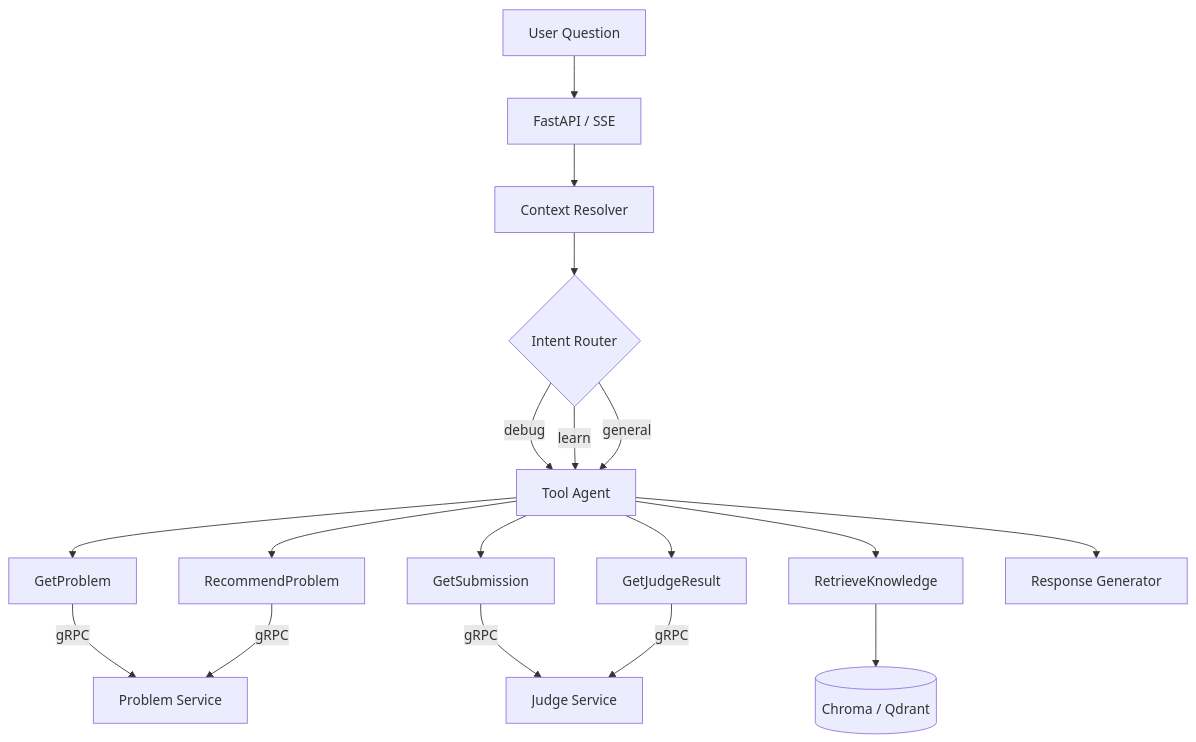
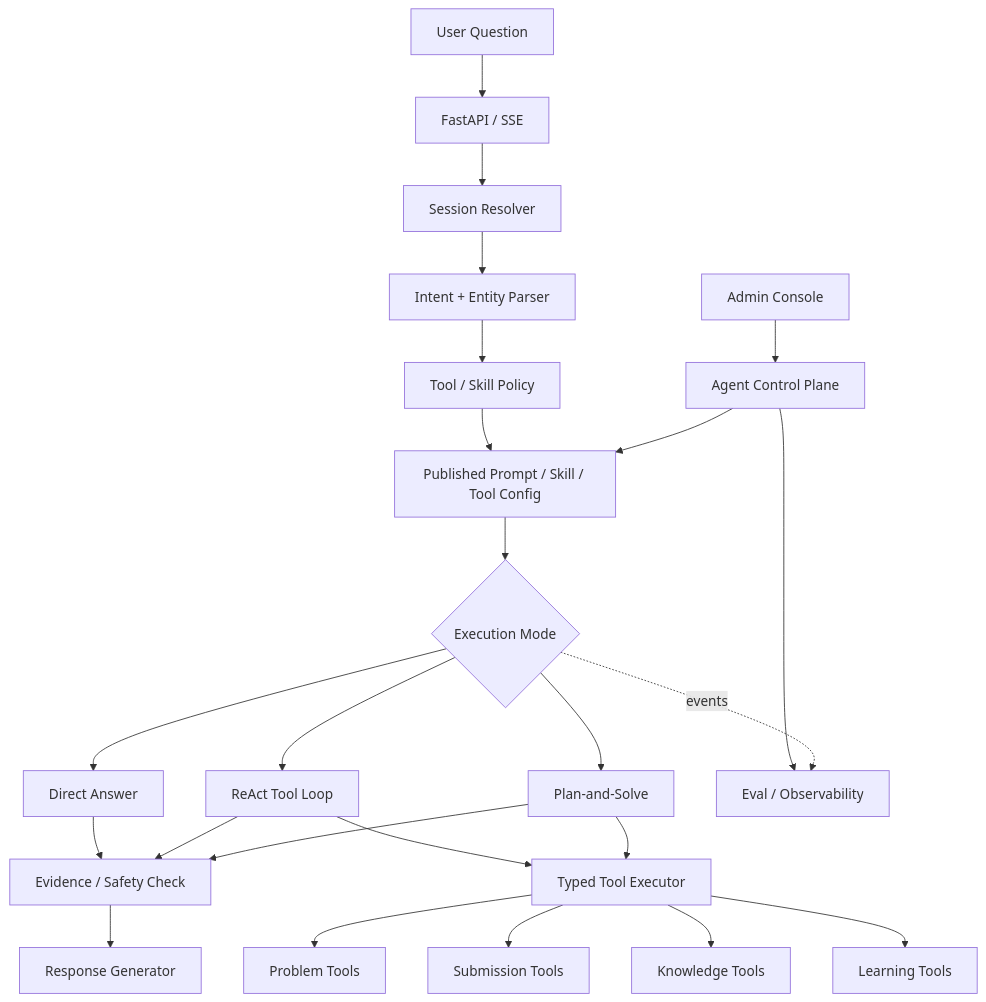
Before and after one commit to viggggil/go_oj_agent: the third of 6 diagrams in docs/architecture.md, drawn with Mermaid. The commit also changed other lines of this file and 5 other files, not shown here.

Commit message:
docs(agent): define configurable agent control plane

````diff
--- a/docs/architecture.md
+++ b/docs/architecture.md
@@ -547,24 +549,29 @@
 ```mermaid
 flowchart TB
     Question["User Question"] --> API["FastAPI / SSE"]
-    API --> Context["Context Resolver"]
-    Context --> Intent{"Intent Router"}
+    API --> Session["Session Resolver"]
+    Session --> Intent["Intent + Entity Parser"]
+    Intent --> Policy["Tool / Skill Policy"]
+    Policy --> Config["Published Prompt / Skill / Tool Config"]
+    Config --> Runtime{"Execution Mode"}
 
-    Intent -->|"debug"| ToolAgent["Tool Agent"]
-    Intent -->|"learn"| ToolAgent
-    Intent -->|"general"| ToolAgent
+    Runtime --> Direct["Direct Answer"]
+    Runtime --> React["ReAct Tool Loop"]
+    Runtime --> Plan["Plan-and-Solve"]
+    React --> Executor["Typed Tool Executor"]
+    Plan --> Executor
+    Executor --> Problem["Problem Tools"]
+    Executor --> Submission["Submission Tools"]
+    Executor --> Knowledge["Knowledge Tools"]
+    Executor --> Profile["Learning Tools"]
 
-    ToolAgent --> Problem["GetProblem"]
-    ToolAgent --> Submission["GetSubmission"]
-    ToolAgent --> Judge["GetJudgeResult"]
-    ToolAgent --> RAG["RetrieveKnowledge"]
-    ToolAgent --> Recommend["RecommendProblem"]
+    Direct --> Verify["Evidence / Safety Check"]
+    React --> Verify
+    Plan --> Verify
+    Verify --> Response["Response Generator"]
 
-    Problem -->|"gRPC"| PS["Problem Service"]
-    Submission -->|"gRPC"| JS["Judge Service"]
-    Judge -->|"gRPC"| JS
-    Recommend -->|"gRPC"| PS
-    RAG --> Vector[("Chroma / Qdrant")]
-
-    ToolAgent --> Response["Response Generator"]
+    Admin["Admin Console"] --> Control["Agent Control Plane"]
+    Control --> Config
+    Control --> Eval["Eval / Observability"]
+    Runtime -. events .-> Eval
 ```
````
